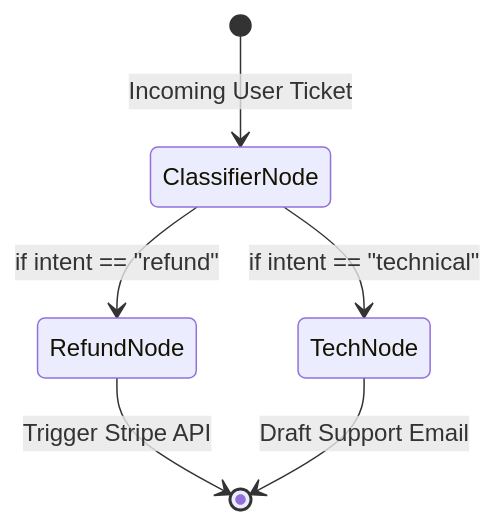
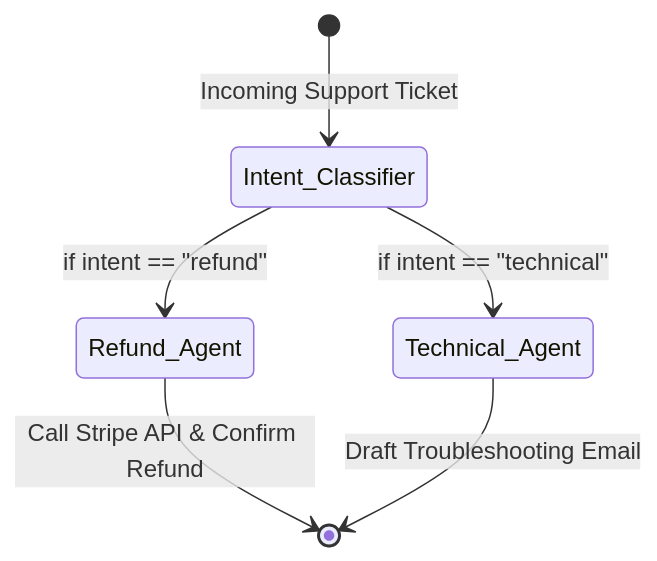
The second of 2 diagrams in Chapter_2_LangChain_Ecosystem.md (umang-algo/AI-Agent-Masterclass), drawn with Mermaid before and after one commit. The commit also changed other lines of this file and 15 other files, not shown here.

````diff
--- a/Chapter_2_LangChain_Ecosystem.md
+++ b/Chapter_2_LangChain_Ecosystem.md
@@ -38,8 +46,8 @@
 ```mermaid
 stateDiagram-v2
-    [*] --> ClassifierNode: Incoming User Ticket
-    ClassifierNode --> RefundNode: if intent == "refund"
-    ClassifierNode --> TechNode: if intent == "technical"
-    RefundNode --> [*]: Trigger Stripe API
-    TechNode --> [*]: Draft Support Email
+    [*] --> Intent_Classifier: Incoming Support Ticket
+    Intent_Classifier --> Refund_Agent: if intent == "refund"
+    Intent_Classifier --> Technical_Agent: if intent == "technical"
+    Refund_Agent --> [*]: Call Stripe API & Confirm Refund
+    Technical_Agent --> [*]: Draft Troubleshooting Email
 ```
````
